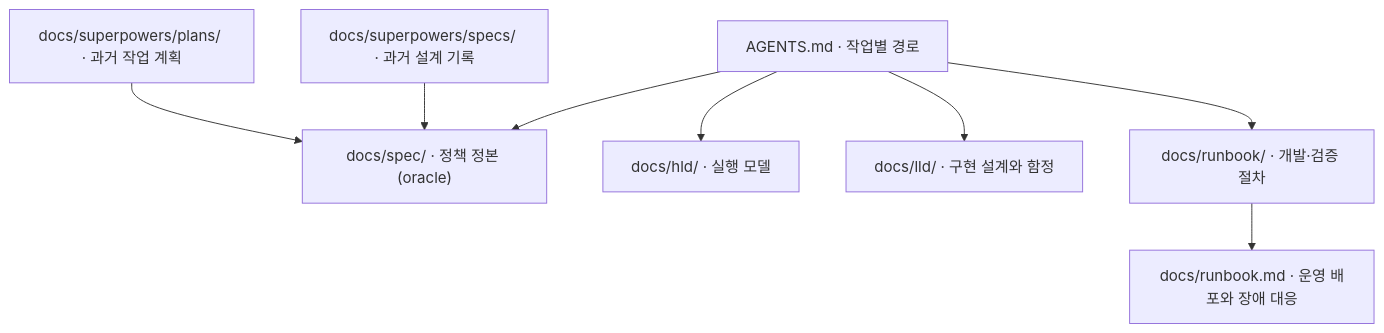
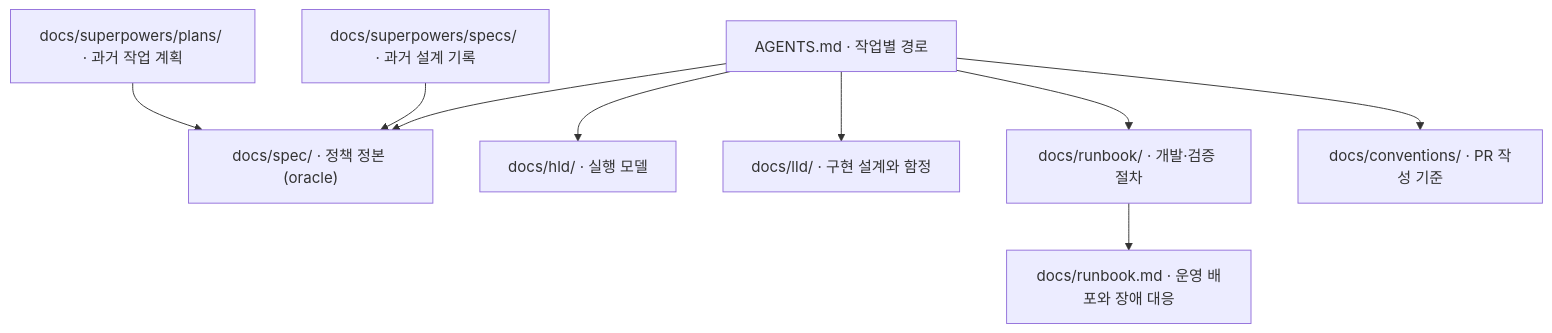
The diagram in docs/README.md (Team-Neki/Team-Neki-Workflow), drawn with Mermaid before and after one commit. The commit also changed 3 other files, not shown here.

````diff
--- a/docs/README.md
+++ b/docs/README.md
@@ -5,11 +5,12 @@
 ```mermaid
 flowchart TD
     A["AGENTS.md · 작업별 경로"]
     A --> S["docs/spec/ · 정책 정본 (oracle)"]
     A --> H["docs/hld/ · 실행 모델"]
     A --> L["docs/lld/ · 구현 설계와 함정"]
     A --> R["docs/runbook/ · 개발·검증 절차"]
     R --> O["docs/runbook.md · 운영 배포와 장애 대응"]
+    A --> C["docs/conventions/ · PR 작성 기준"]
     P["docs/superpowers/plans/ · 과거 작업 계획"] --> S
     D["docs/superpowers/specs/ · 과거 설계 기록"] --> S
 ```
````
